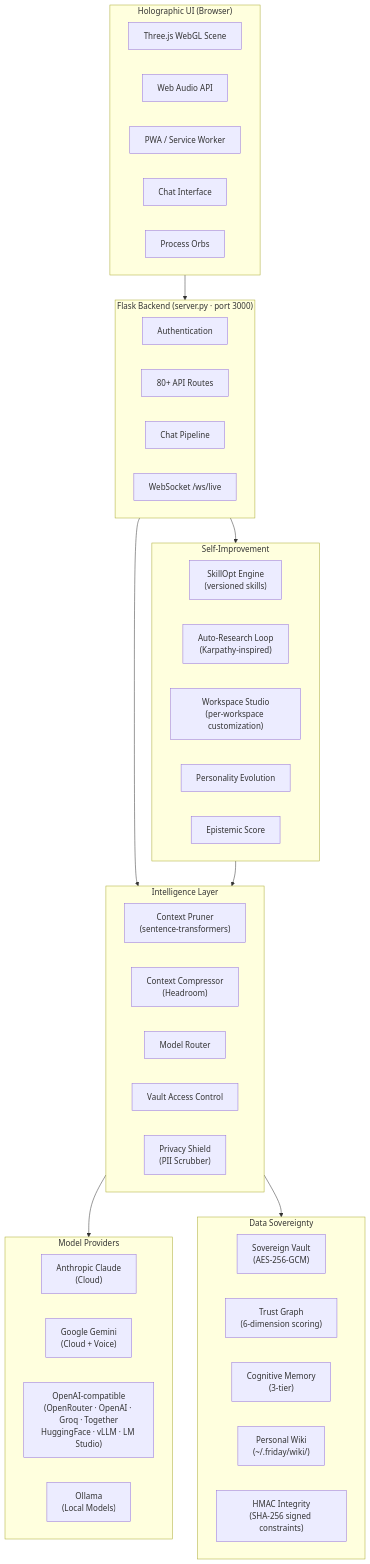
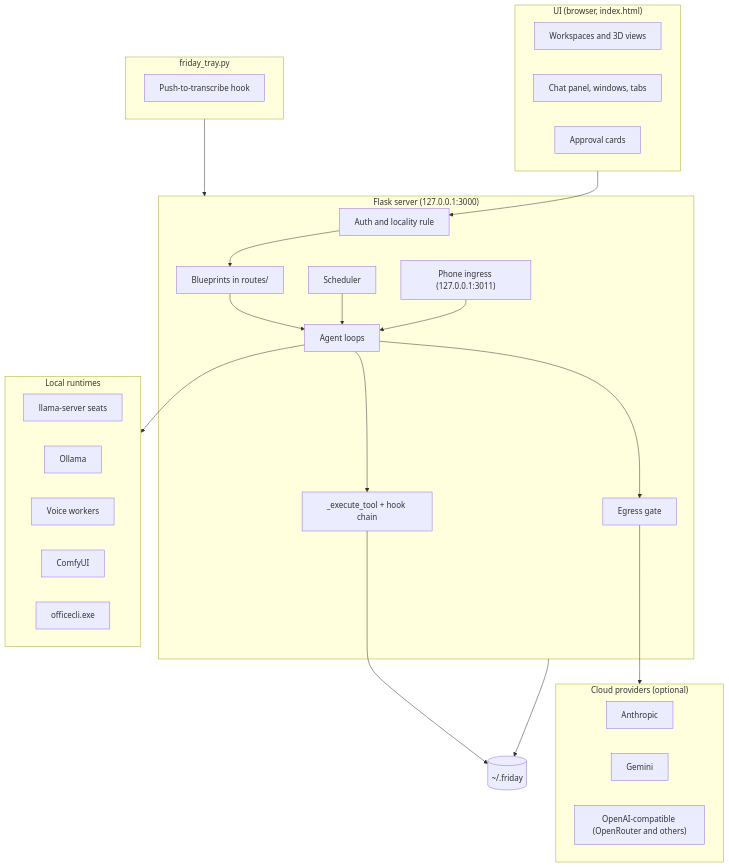
The first of 4 diagrams in docs/architecture/overview.md (FutureSpeakAI/Agent-Friday), drawn with Mermaid before and after one commit. The commit also changed other lines of this file and 3 other files, not shown here.

First line of the commit message:
docs: a README for the public release, and an architecture that matches the tree

````diff
--- a/docs/architecture/overview.md
+++ b/docs/architecture/overview.md
@@ -9,55 +12,48 @@
 ```mermaid
 graph TB
-    subgraph Frontend["Holographic UI (Browser)"]
-        UI[Three.js WebGL Scene]
-        Audio[Web Audio API]
-        PWA[PWA / Service Worker]
-        Chat[Chat Interface]
-        Orbs[Process Orbs]
+    subgraph Browser["UI (browser, index.html)"]
+        UI[Workspaces and 3D views]
+        Chat[Chat panel, windows, tabs]
+        Cards[Approval cards]
     end
 
-    subgraph Server["Flask Backend (server.py · port 3000)"]
-        Auth[Authentication]
-        Routes[80+ API Routes]
-        Pipeline[Chat Pipeline]
-        WS["WebSocket /ws/live"]
+    subgraph Tray["friday_tray.py"]
+        PTT[Push-to-transcribe hook]
     end
 
-    subgraph Intelligence["Intelligence Layer"]
-        Pruner["Context Pruner<br/>(sentence-transformers)"]
-        Compressor["Context Compressor<br/>(Headroom)"]
-        Router[Model Router]
-        VaultGate[Vault Access Control]
-        PII["Privacy Shield<br/>(PII Scrubber)"]
+    subgraph Server["Flask server (127.0.0.1:3000)"]
+        Auth[Auth and locality rule]
+        Routes[Blueprints in routes/]
+        Loop[Agent loops]
+        Exec["_execute_tool + hook chain"]
+        Gate[Egress gate]
+        Sched[Scheduler]
+        Phone["Phone ingress (127.0.0.1:3011)"]
     end
 
-    subgraph Providers["Model Providers"]
-        Claude["Anthropic Claude<br/>(Cloud)"]
-        Gemini["Google Gemini<br/>(Cloud + Voice)"]
-        OAI["OpenAI-compatible<br/>(OpenRouter · OpenAI · Groq · Together<br/>HuggingFace · vLLM · LM Studio)"]
-        Ollama["Ollama<br/>(Local Models)"]
+    subgraph Local["Local runtimes"]
+        Llama[llama-server seats]
+        Ollama[Ollama]
+        Voice[Voice workers]
+        Comfy[ComfyUI]
+        Office[officecli.exe]
     end
 
-    subgraph Sovereignty["Data Sovereignty"]
-        Vault["Sovereign Vault<br/>(AES-256-GCM)"]
-        TrustGraph["Trust Graph<br/>(6-dimension scoring)"]
-        Memory["Cognitive Memory<br/>(3-tier)"]
-        Wiki["Personal Wiki<br/>(~/.friday/wiki/)"]
-        HMAC["HMAC Integrity<br/>(SHA-256 signed constraints)"]
+    subgraph Cloud["Cloud providers (optional)"]
+        Anthropic
+        Gemini
+        OAI["OpenAI-compatible (OpenRouter and others)"]
     end
 
-    subgraph Evolution["Self-Improvement"]
-        SkillOpt["SkillOpt Engine<br/>(versioned skills)"]
-        AutoRes["Auto-Research Loop<br/>(Karpathy-inspired)"]
-        Studio["Workspace Studio<br/>(per-workspace customization)"]
-        Personality[Personality Evolution]
-        Epistemic[Epistemic Score]
-    end
+    Data[("~/.friday")]
 
-    Frontend --> Server
-    Server --> Intelligence
-    Intelligence --> Providers
-    Intelligence --> Sovereignty
-    Server --> Evolution
-    Evolution --> Intelligence
+    Tray --> Server
+    Browser --> Auth --> Routes --> Loop
+    Loop --> Exec
+    Loop --> Local
+    Loop --> Gate --> Cloud
+    Sched --> Loop
+    Phone --> Loop
+    Exec --> Data
+    Server --> Data
 ```
````
